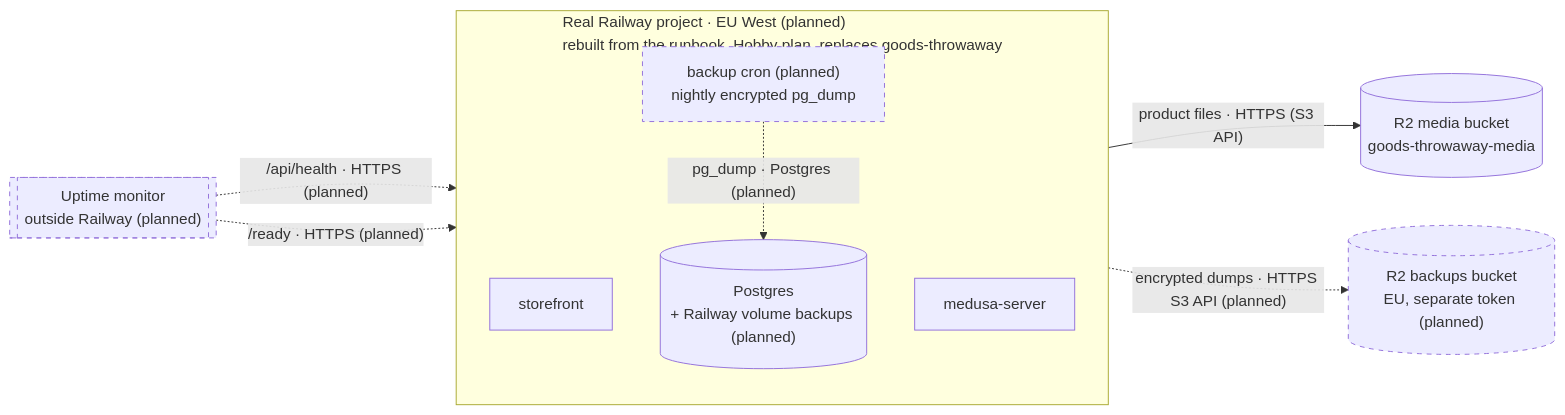
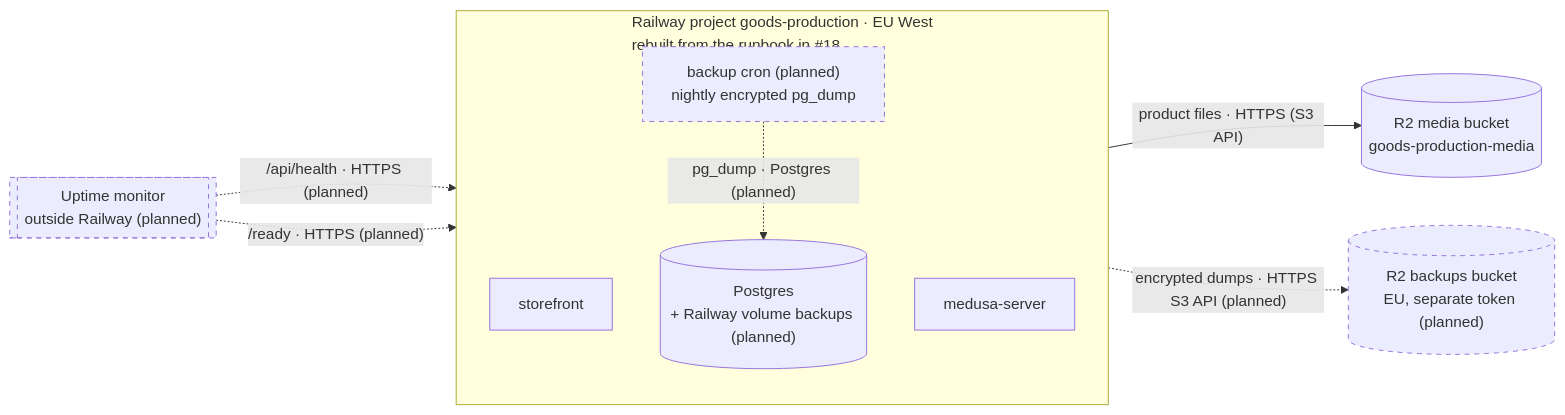
One commit to Tirso0882/goods changed the tenth of 11 diagrams in docs/architecture/overview.md. Above: the diagram before and after it, drawn with Mermaid. The commit also changed other lines of this file and 2 other files, not shown here.

First line of the commit message:
docs(runbooks): rebuild the real Railway project as goods-production (#18) (#74)

````diff
--- a/docs/architecture/overview.md
+++ b/docs/architecture/overview.md
@@ -347,23 +347,23 @@
 ```mermaid
 flowchart LR
   uptime[["Uptime monitor<br/>outside Railway (planned)"]]
-  r2m[("R2 media bucket<br/>goods-throwaway-media")]
+  r2m[("R2 media bucket<br/>goods-production-media")]
   r2b[("R2 backups bucket<br/>EU, separate token (planned)")]
 
-  subgraph rw["Real Railway project · EU West (planned)<br/>rebuilt from the runbook, Hobby plan, replaces goods-throwaway"]
+  subgraph rw["Railway project goods-production · EU West<br/>rebuilt from the runbook in #18"]
     direction TB
     sf["storefront"]
     srv["medusa-server"]
     cron["backup cron (planned)<br/>nightly encrypted pg_dump"]
     pg[("Postgres<br/>+ Railway volume backups (planned)")]
   end
 
   srv -->|"product files · HTTPS (S3 API)"| r2m
   cron -.->|"pg_dump · Postgres (planned)"| pg
   cron -.->|"encrypted dumps · HTTPS S3 API (planned)"| r2b
   uptime -.->|"/api/health · HTTPS (planned)"| sf
   uptime -.->|"/ready · HTTPS (planned)"| srv
 
   classDef planned stroke-dasharray: 5 5
   class cron,uptime,r2b planned
 ```
````
